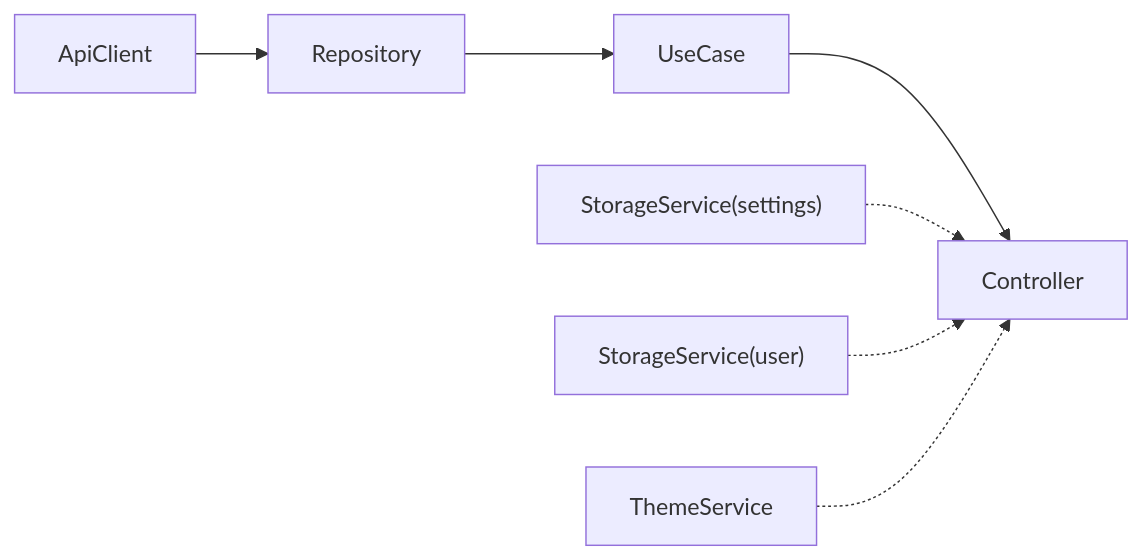
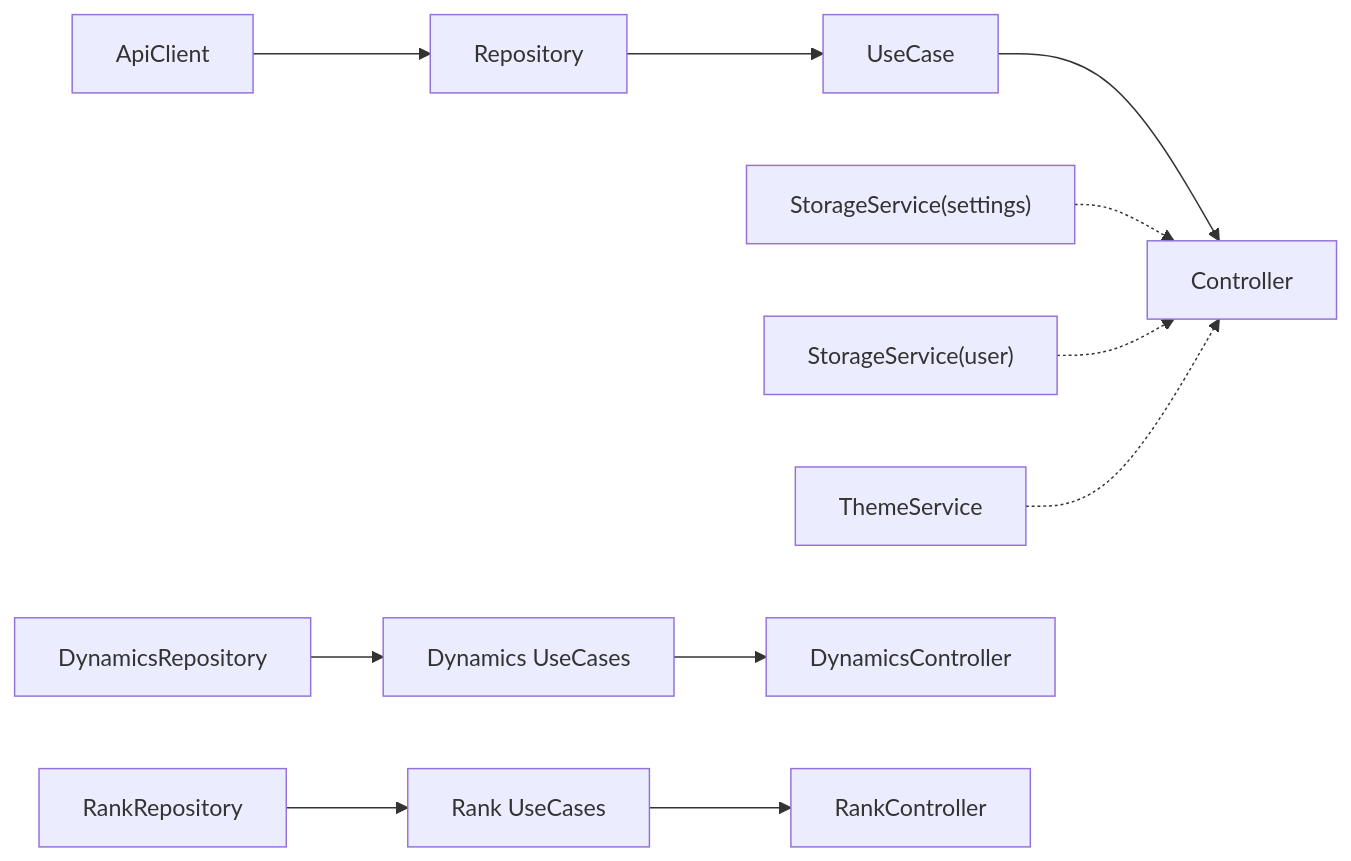
One commit to justLXX/pilipala changed the seventh of 7 diagrams in .qoder/repowiki/zh/content/核心模块/依赖注入.md. Above: the diagram before and after it, drawn with Mermaid. The commit also changed other lines of this file and 194 other files, not shown here.

````diff
--- a/.qoder/repowiki/zh/content/核心模块/依赖注入.md
+++ b/.qoder/repowiki/zh/content/核心模块/依赖注入.md
@@ -343,9 +393,13 @@
 ```mermaid
 graph LR
 A["ApiClient"] --> B["Repository"]
 B --> C["UseCase"]
 C --> D["Controller"]
 E["StorageService(settings)"] -.-> D
 F["StorageService(user)"] -.-> D
 G["ThemeService"] -.-> D
+H["DynamicsRepository"] --> I["Dynamics UseCases"]
+I --> J["DynamicsController"]
+K["RankRepository"] --> L["Rank UseCases"]
+L --> M["RankController"]
 ```
````
